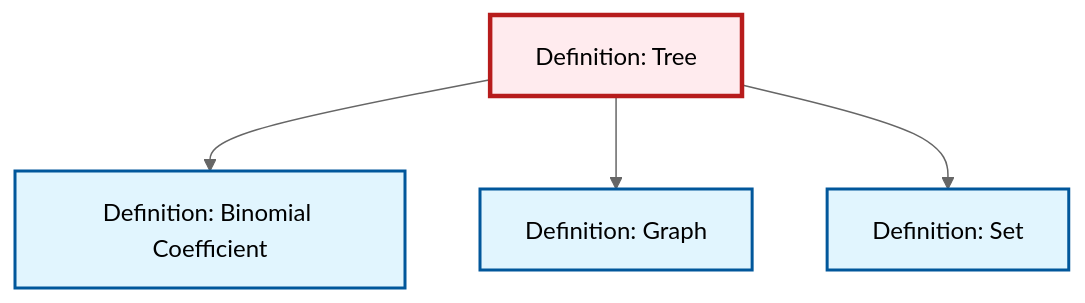
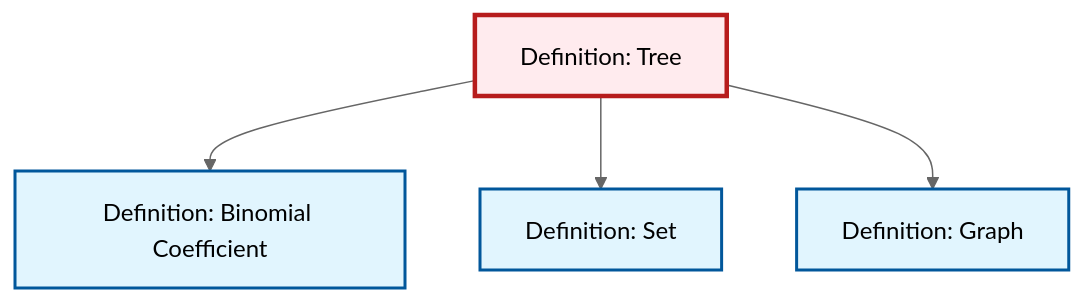
Before and after one commit to RK0429/ModernMath: the diagram in content/ja/combinatorics/def-tree.qmd, drawn with Mermaid (neutral theme). The commit also changed other lines of this file and 654 other files, not shown here.

````diff
--- a/content/ja/combinatorics/def-tree.qmd
+++ b/content/ja/combinatorics/def-tree.qmd
@@ -137,20 +137,20 @@
 ```{mermaid}
 %%| fig-cap: "Local dependency graph"
 graph TD
     classDef definition fill:#e1f5fe,stroke:#01579b,stroke-width:2px
     classDef theorem fill:#f3e5f5,stroke:#4a148c,stroke-width:2px
     classDef axiom fill:#fff3e0,stroke:#e65100,stroke-width:2px
     classDef example fill:#e8f5e9,stroke:#1b5e20,stroke-width:2px
     classDef current fill:#ffebee,stroke:#b71c1c,stroke-width:3px
+    def-binomial-coefficient["Definition: Binomial Coefficient"]:::definition
     def-graph["Definition: Graph"]:::definition
-    def-binomial-coefficient["Definition: Binomial Coefficient"]:::definition
     def-tree["Definition: Tree"]:::definition
     def-set["Definition: Set"]:::definition
     def-tree --> def-binomial-coefficient
+    def-tree --> def-set
     def-tree --> def-graph
-    def-tree --> def-set
     class def-tree current
+    click def-binomial-coefficient "def-binomial-coefficient.html" "Definition: Binomial Coefficientへ"
     click def-graph "def-graph.html" "Definition: Graphへ"
-    click def-binomial-coefficient "def-binomial-coefficient.html" "Definition: Binomial Coefficientへ"
     click def-set "def-set.html" "Definition: Setへ"
 ```
````
